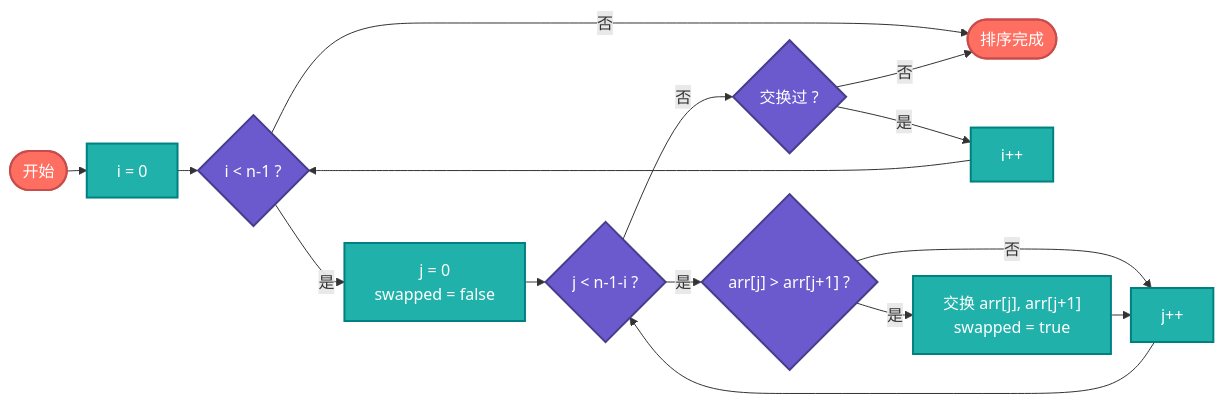
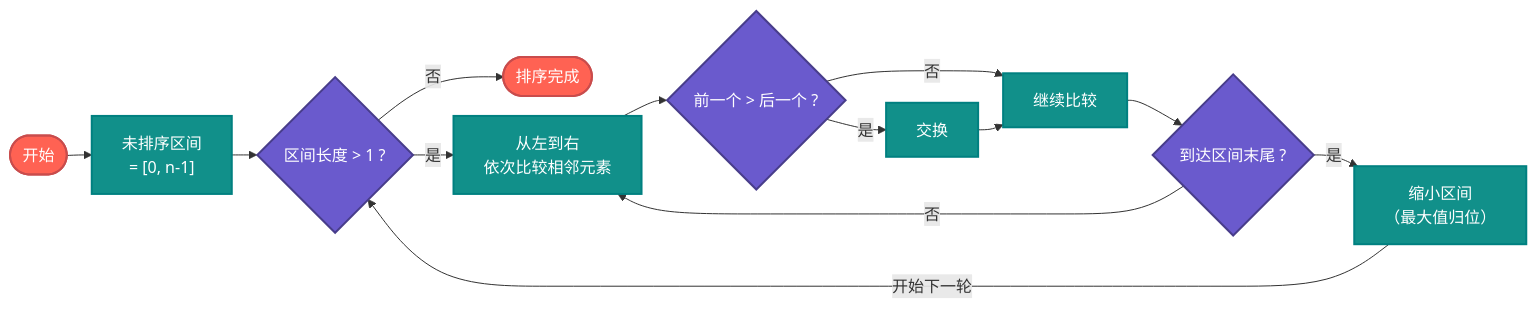
Before and after one commit to microwind/algorithms: the third of 15 diagrams in sorting/AI-Era-Top-10-Sorting-Algorithms.md, drawn with Mermaid. The commit also changed other lines of this file and 2 other files, not shown here.

````diff
--- a/sorting/AI-Era-Top-10-Sorting-Algorithms.md
+++ b/sorting/AI-Era-Top-10-Sorting-Algorithms.md
@@ -126,28 +124,35 @@
 ```mermaid
-%%{init: {'flowchart': {'nodeSpacing': 10, 'rankSpacing': 20, 'padding': 15}}}%%
+%%{init: {'flowchart': {'nodeSpacing': 20, 'rankSpacing': 25, 'padding': 15}}}%%
 graph LR
-    S(["开始"]) --> INIT["i = 0"]
-    INIT --> OUTER{"i < n-1 ?"}
+
+    S(["开始"]) --> INIT["未排序区间 <br> = [0, n-1]"]
+
+    INIT --> OUTER{"区间长度 > 1 ?"}
     OUTER -->|"否"| END(["排序完成"])
-    OUTER -->|"是"| JSTART["j = 0\nswapped = false"]
-    JSTART --> INNER{"j < n-1-i ?"}
-    INNER -->|"否"| CHKSW{"交换过 ?"}
-    CHKSW -->|"否"| END
-    CHKSW -->|"是"| INC["i++"]
-    INC --> OUTER
-    INNER -->|"是"| CMP{"arr[j] > arr[j+1] ?"}
-    CMP -->|"否"| JINC["j++"]
-    CMP -->|"是"| SWAP["交换 arr[j], arr[j+1]\nswapped = true"]
-    SWAP --> JINC
-    JINC --> INNER
 
-    %% 节点样式定义
-    classDef start fill:#ff6f61,color:#fff,stroke:#c94c4c,stroke-width:2px
+    OUTER -->|"是"| LOOP["从左到右<br>依次比较相邻元素"]
+
+    LOOP --> CMP{"前一个 > 后一个 ?"}
+
+    CMP -->|"否"| NEXT["继续比较"]
+    CMP -->|"是"| SWAP["交换"]
+
+    SWAP --> NEXT
+
+    NEXT --> CHECK{"到达区间末尾 ?"}
+
+    CHECK -->|"否"| LOOP
+
+    CHECK -->|"是"| SHRINK["缩小区间<br>（最大值归位）"]
+
+    SHRINK --> |"开始下一轮"| OUTER
+
+    %% 样式
+    classDef start fill:#FF6253,color:#fff,stroke:#c94c4c,stroke-width:2px
     classDef decision fill:#6a5acd,color:#fff,stroke:#483d8b,stroke-width:2px
-    classDef process fill:#20b2aa,color:#fff,stroke:#008080,stroke-width:2px
+    classDef process fill:#11908A,color:#fff,stroke:#008080,stroke-width:2px
 
-    %% 应用样式
     class S,END start
-    class OUTER,INNER,CMP,CHKSW decision
-    class INIT,JSTART,INC,JINC,SWAP process
+    class OUTER,CMP,CHECK decision
+    class INIT,LOOP,NEXT,SWAP,SHRINK process
 ```
````
